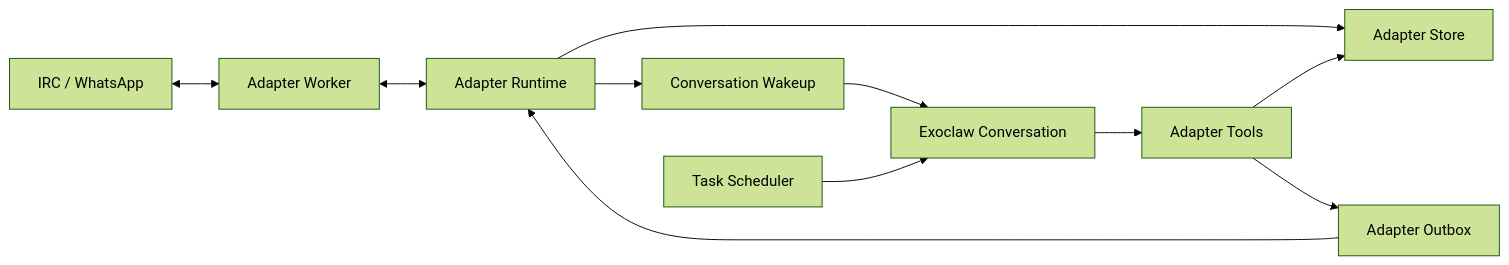
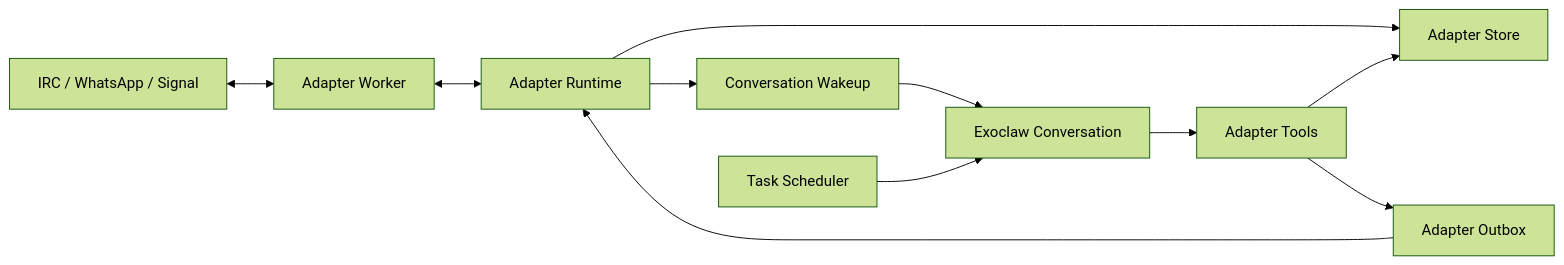
The first of 3 diagrams in examples/exoclaw/adapter-architecture.md (exoharness/exo), drawn with Mermaid (forest theme) before and after one commit. The commit also changed other lines of this file and 14 other files, not shown here.

First line of the commit message:
Add Exoclaw Signal adapter setup

````diff
--- a/examples/exoclaw/adapter-architecture.md
+++ b/examples/exoclaw/adapter-architecture.md
@@ -44,13 +46,13 @@
 ```mermaid
 flowchart LR
-  externalApp["IRC / WhatsApp"] <--> worker["Adapter Worker"]
+  externalApp["IRC / WhatsApp / Signal"] <--> worker["Adapter Worker"]
   worker <--> runtime["Adapter Runtime"]
   runtime --> store["Adapter Store"]
   tools["Adapter Tools"] --> store
   runtime --> wakeup["Conversation Wakeup"]
   wakeup --> convo["Exoclaw Conversation"]
   convo --> tools
   scheduler["Task Scheduler"] --> convo
   tools --> outbox["Adapter Outbox"]
   outbox --> runtime
 ```
````
